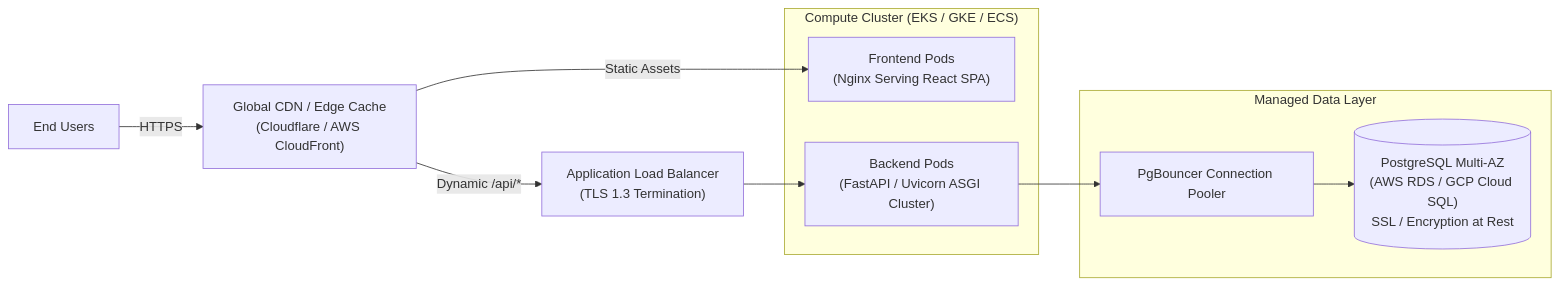
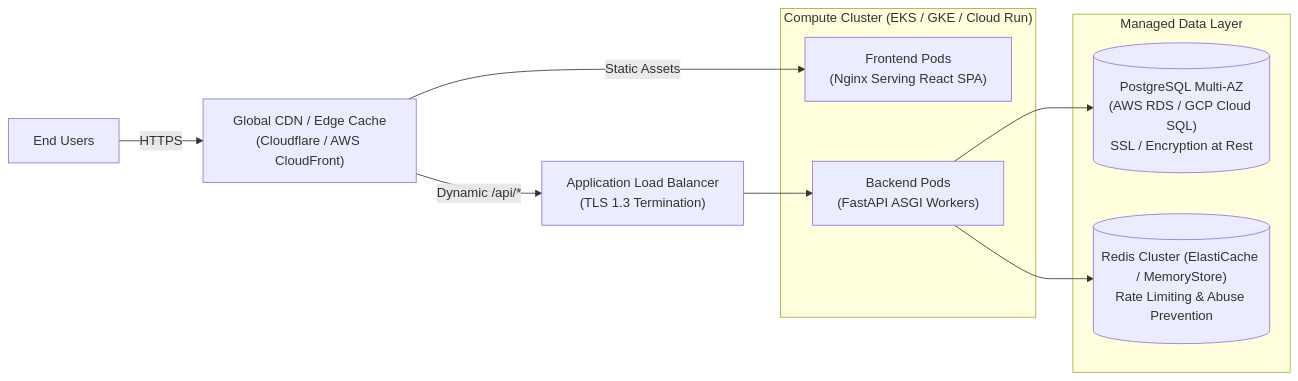
The first of 2 diagrams in docs/deployment.md (ramalavenkatasathwik-ai/ai-resume-reviewer-pro), drawn with Mermaid before and after one commit. The commit also changed other lines of this file and 41 other files, not shown here.

Commit message:
feat: complete Phase 2 backend architecture, BYOK security, database layer, and Gemini service

````diff
--- a/docs/deployment.md
+++ b/docs/deployment.md
@@ -9,23 +9,23 @@
 ```mermaid
 flowchart LR
     Users["End Users"]
     CDN["Global CDN / Edge Cache\n(Cloudflare / AWS CloudFront)"]
     ALB["Application Load Balancer\n(TLS 1.3 Termination)"]
     
-    subgraph K8s ["Compute Cluster (EKS / GKE / ECS)"]
+    subgraph K8s ["Compute Cluster (EKS / GKE / Cloud Run)"]
         FrontendCluster["Frontend Pods\n(Nginx Serving React SPA)"]
-        BackendCluster["Backend Pods\n(FastAPI / Uvicorn ASGI Cluster)"]
+        BackendCluster["Backend Pods\n(FastAPI ASGI Workers)"]
     end
     
     subgraph DataPlane ["Managed Data Layer"]
         RDS[("PostgreSQL Multi-AZ\n(AWS RDS / GCP Cloud SQL)\nSSL / Encryption at Rest")]
-        Pooler["PgBouncer Connection Pooler"]
+        RedisCluster[("Redis Cluster (ElastiCache / MemoryStore)\nRate Limiting & Abuse Prevention")]
     end
     
     Users -->|HTTPS| CDN
     CDN -->|Static Assets| FrontendCluster
     CDN -->|Dynamic /api/*| ALB
     ALB --> BackendCluster
-    BackendCluster --> Pooler
-    Pooler --> RDS
+    BackendCluster --> RedisCluster
+    BackendCluster --> RDS
 ```
````
